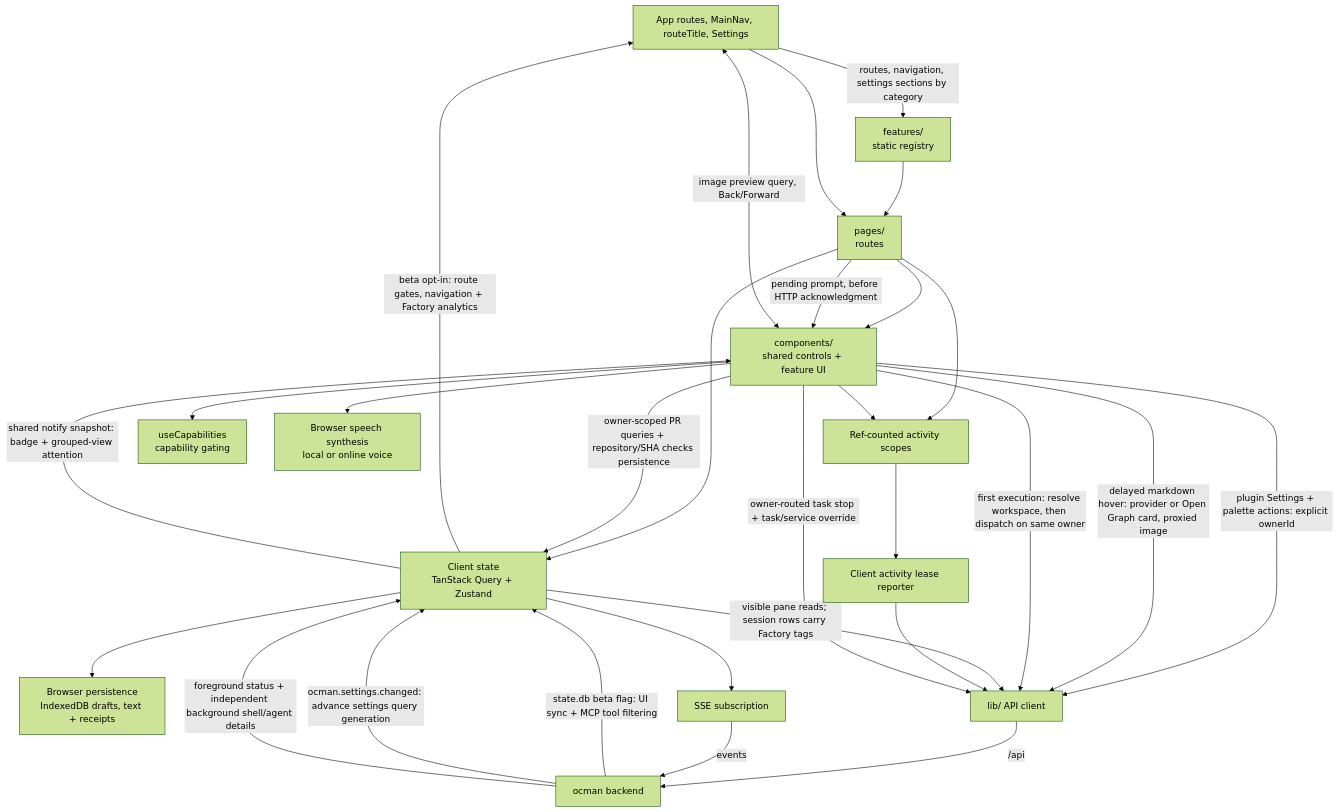
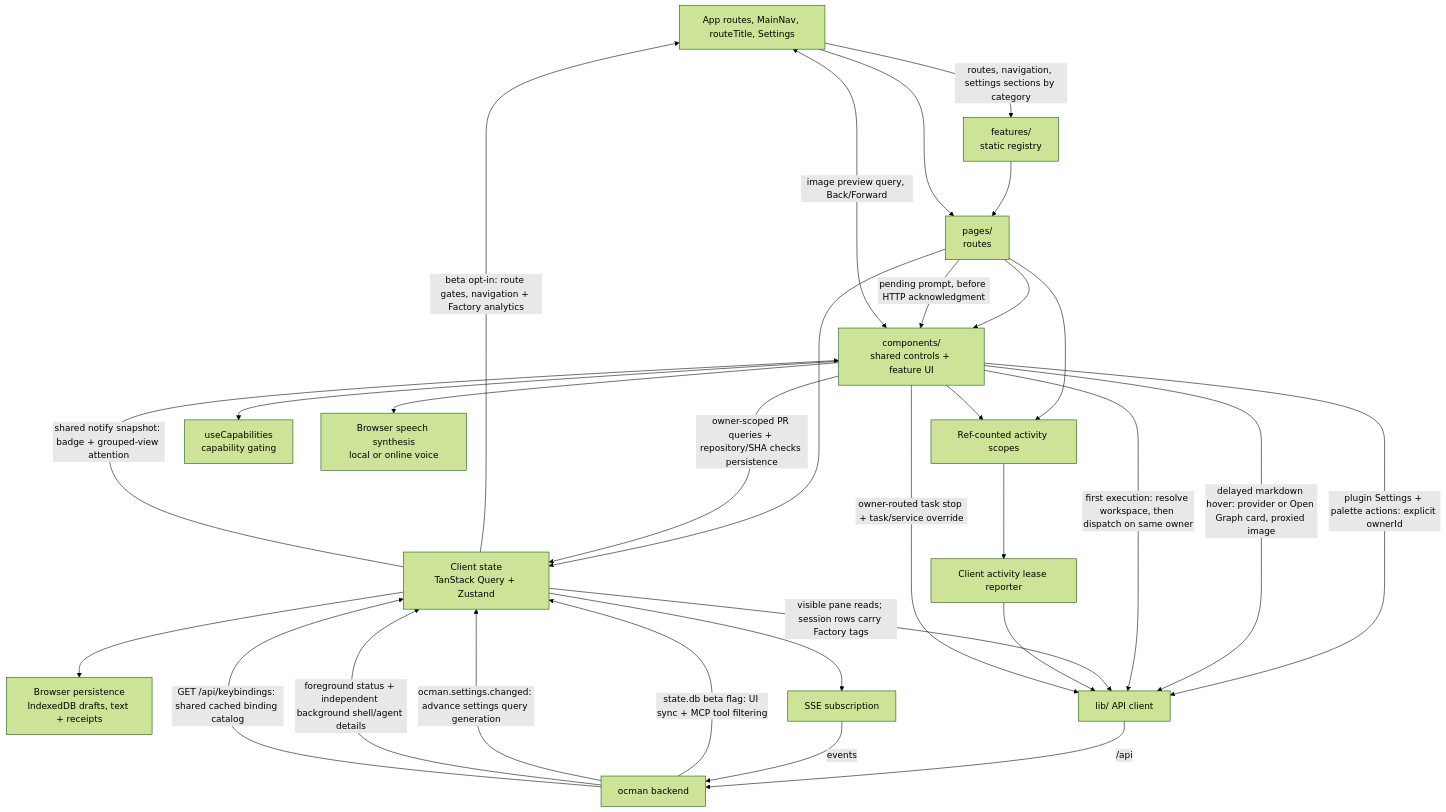
Before and after one commit to ocman/ocman: diagram 11 of 15 in docs/other/architecture.md, drawn with Mermaid (forest theme). The commit also changed other lines of this file and 29 other files, not shown here.

````diff
--- a/docs/other/architecture.md
+++ b/docs/other/architecture.md
@@ -1477,31 +1477,32 @@
 ```mermaid
 flowchart TD
     Shell[App routes, MainNav, routeTitle, Settings] -->|routes, navigation, settings sections by category| Features[features/<br/>static registry]
     Features --> Pages
     Shell --> Pages
     Pages[pages/<br/>routes] --> Comp[components/<br/>shared controls + feature UI]
     Pages --> Stores[Client state<br/>TanStack Query + Zustand]
     Pages -->|pending prompt, before HTTP acknowledgment| Comp
     Stores --> Persistence[Browser persistence<br/>IndexedDB drafts, text + receipts]
     Stores -->|beta opt-in: route gates, navigation + Factory analytics| Shell
     Comp -->|owner-scoped PR queries + repository/SHA checks persistence| Stores
     Comp -->|plugin Settings + palette actions: explicit ownerId| API
     Comp -->|delayed markdown hover: provider or Open Graph card, proxied image| API
     Comp -->|first execution: resolve workspace, then dispatch on same owner| API
     Stores -->|visible pane reads; session rows carry Factory tags| API[lib/ API client]
     Stores --> SSE[SSE subscription]
     Stores -->|shared notify snapshot: badge + grouped-view attention| Comp
     Pages --> Scopes[Ref-counted activity scopes]
     Comp --> Scopes
     Scopes --> Reporter[Client activity lease reporter]
     Reporter --> API
     API -->|/api| Hub[ocman backend]
     Hub -->|state.db beta flag: UI sync + MCP tool filtering| Stores
     SSE -->|events| Hub
     Hub -->|ocman.settings.changed: advance settings query generation| Stores
     Hub -->|foreground status + independent background shell/agent details| Stores
+    Hub -->|GET /api/keybindings: shared cached binding catalog| Stores
     Comp -->|owner-routed task stop + task/service override| API
     Comp --> Caps[useCapabilities<br/>capability gating]
     Comp --> Speech[Browser speech synthesis<br/>local or online voice]
     Comp <-->|image preview query, Back/Forward| Shell
 ```
````
